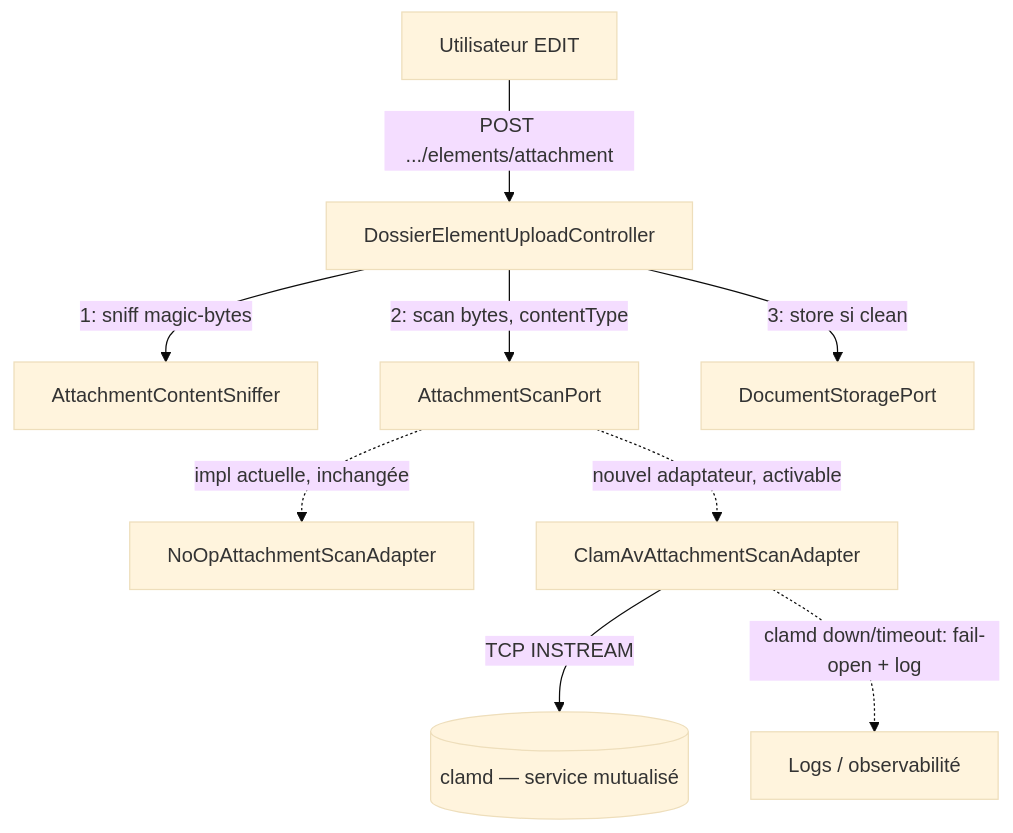
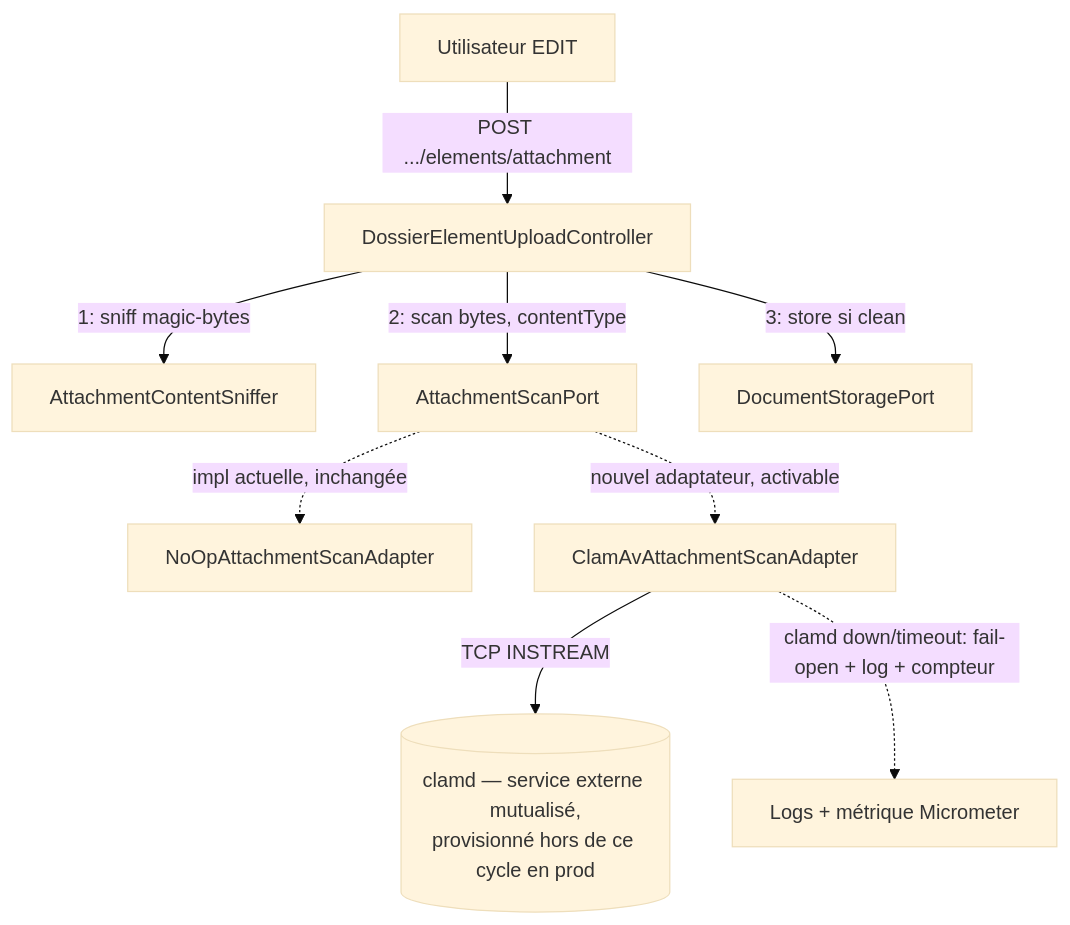
Before and after one commit to superjojo79/Myrmacta: the diagram in docs/ai/design/2026-09-20-feature-scan-antivirus-clamav.md, drawn with Mermaid (base theme). The commit also changed other lines of this file and 4 other files, not shown here.

````diff
--- a/docs/ai/design/2026-09-20-feature-scan-antivirus-clamav.md
+++ b/docs/ai/design/2026-09-20-feature-scan-antivirus-clamav.md
@@ -16,11 +16,12 @@
 ```mermaid
 graph TD
     User[Utilisateur EDIT] -->|POST .../elements/attachment| Ctrl[DossierElementUploadController]
     Ctrl -->|1: sniff magic-bytes| Sniff[AttachmentContentSniffer]
     Ctrl -->|2: scan bytes, contentType| Port[AttachmentScanPort]
     Port -.->|impl actuelle, inchangée| NoOp[NoOpAttachmentScanAdapter]
     Port -.->|nouvel adaptateur, activable| ClamAdapter[ClamAvAttachmentScanAdapter]
-    ClamAdapter -->|TCP INSTREAM| Clamd[(clamd — service mutualisé)]
+    ClamAdapter -->|TCP INSTREAM| Clamd[(clamd — service externe mutualisé,
+provisionné hors de ce cycle en prod)]
     Ctrl -->|3: store si clean| Storage[DocumentStoragePort]
-    ClamAdapter -.->|clamd down/timeout: fail-open + log| Log[Logs / observabilité]
+    ClamAdapter -.->|clamd down/timeout: fail-open + log + compteur| Obs[Logs + métrique Micrometer]
 ```
````
